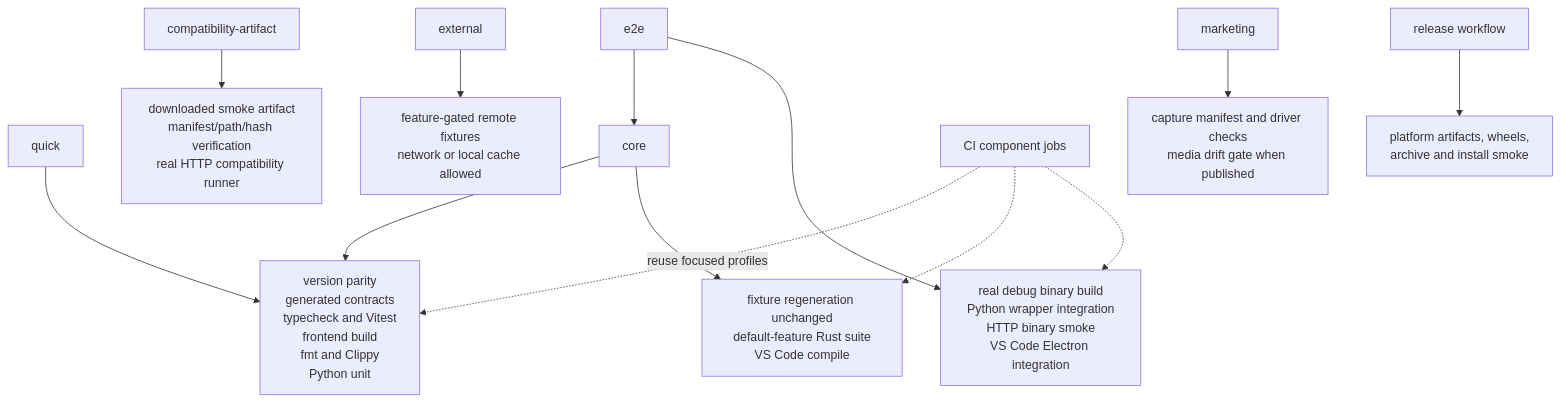
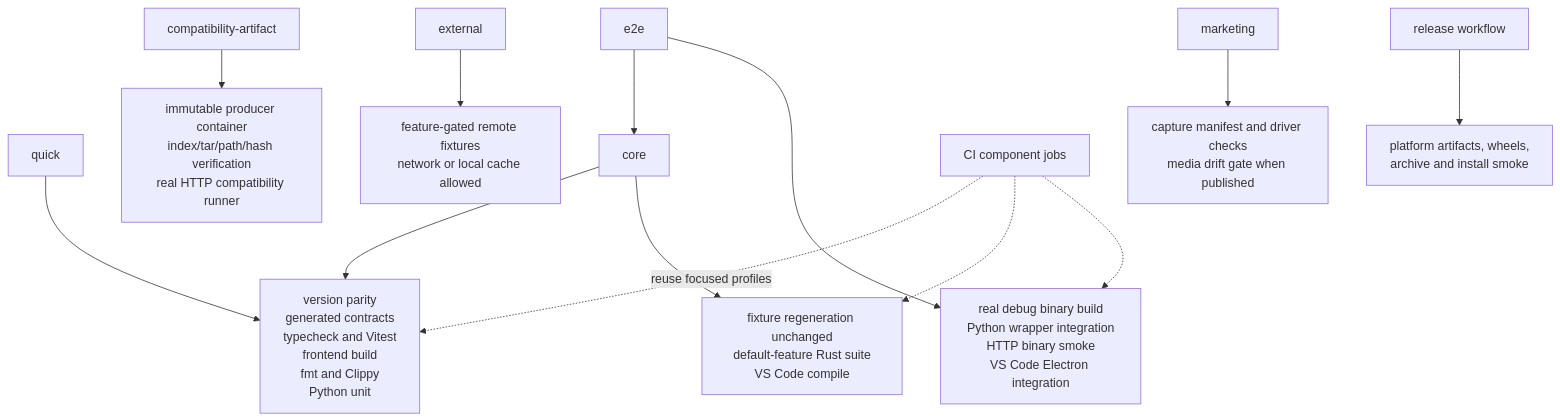
One commit to dcmview/dcmview changed the third of 4 diagrams in docs/architecture.md. Above: the diagram before and after it, drawn with Mermaid. The commit also changed other lines of this file and 10 other files, not shown here.

First line of the commit message:
fix(compatibility): verify immutable producer smoke containers

````diff
--- a/docs/architecture.md
+++ b/docs/architecture.md
@@ -317,15 +317,15 @@
 ```mermaid
 flowchart TD
     quick["quick"] --> qlayers["version parity<br/>generated contracts<br/>typecheck and Vitest<br/>frontend build<br/>fmt and Clippy<br/>Python unit"]
     core["core"] --> qlayers
     core --> clayers["fixture regeneration unchanged<br/>default-feature Rust suite<br/>VS Code compile"]
     e2e["e2e"] --> core
     e2e --> elayers["real debug binary build<br/>Python wrapper integration<br/>HTTP binary smoke<br/>VS Code Electron integration"]
-    artifact["compatibility-artifact"] --> alayers["downloaded smoke artifact<br/>manifest/path/hash verification<br/>real HTTP compatibility runner"]
+    artifact["compatibility-artifact"] --> alayers["immutable producer container<br/>index/tar/path/hash verification<br/>real HTTP compatibility runner"]
     external["external"] --> xlayers["feature-gated remote fixtures<br/>network or local cache allowed"]
     marketing["marketing"] --> mlayers["capture manifest and driver checks<br/>media drift gate when published"]
     ci["CI component jobs"] -. "reuse focused profiles" .-> qlayers
     ci -.-> clayers
     ci -.-> elayers
     release["release workflow"] --> rlayers["platform artifacts, wheels,<br/>archive and install smoke"]
 ```
````
